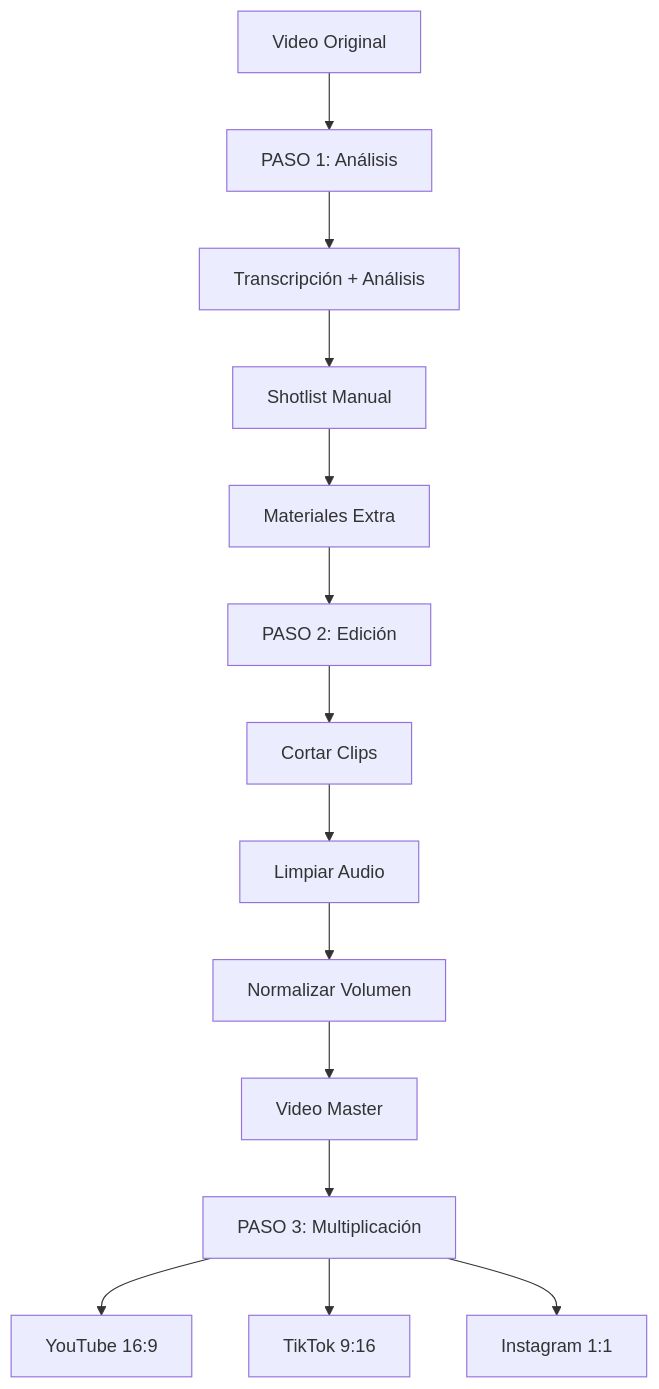
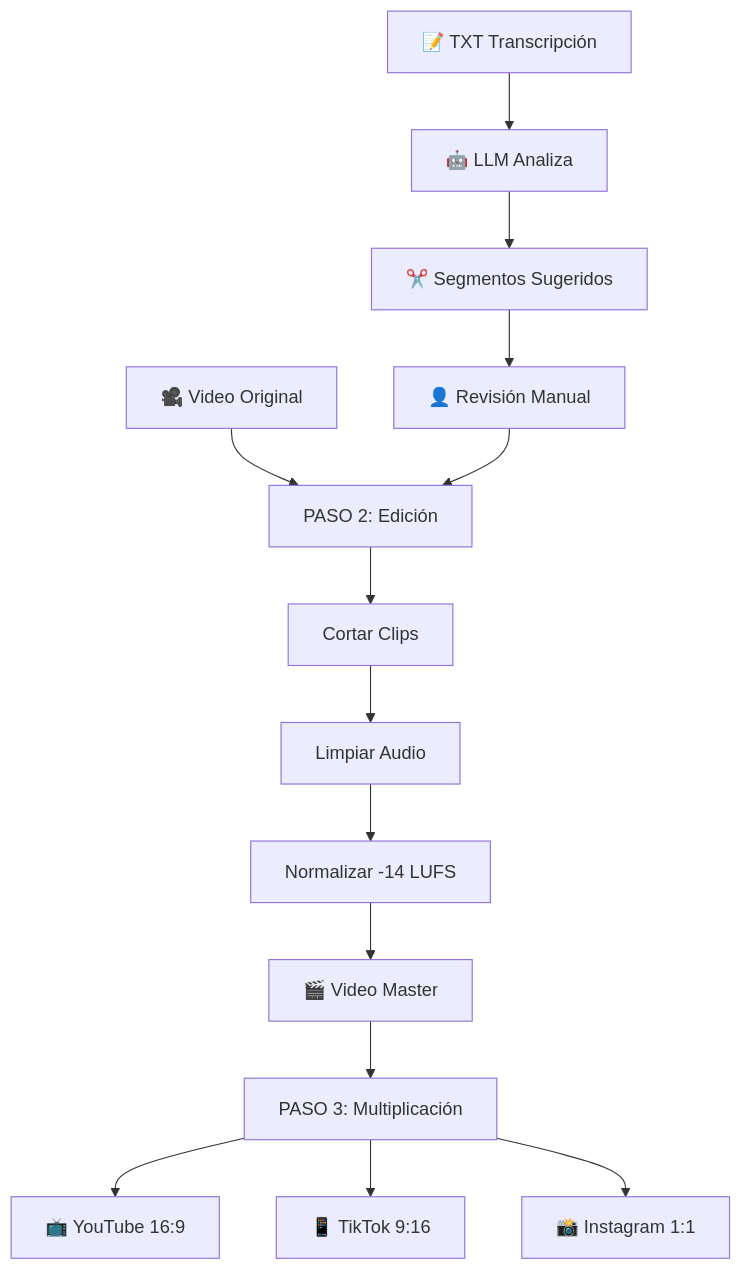
One commit to JohannesTalero/contenido-automatico changed the diagram in README.md. Above: the diagram before and after it, drawn with Mermaid. The commit also changed other lines of this file and 2 other files, not shown here.

Commit message:
feat: enhance README and notebook with LLM integration details and setup instructions for Gemini API

````diff
--- a/README.md
+++ b/README.md
@@ -7,16 +15,16 @@
 ```mermaid
 flowchart TD
-    video[Video Original] --> paso1[PASO 1: Análisis]
-    paso1 --> transcripcion[Transcripción + Análisis]
-    transcripcion --> shotlist[Shotlist Manual]
-    shotlist --> materiales[Materiales Extra]
-    materiales --> paso2[PASO 2: Edición]
+    txt[📝 TXT Transcripción] --> llm[🤖 LLM Analiza]
+    video[🎥 Video Original] --> paso2
+    llm --> segmentos[✂️ Segmentos Sugeridos]
+    segmentos --> ajustes[👤 Revisión Manual]
+    ajustes --> paso2[PASO 2: Edición]
     paso2 --> cortes[Cortar Clips]
     cortes --> limpieza[Limpiar Audio]
-    limpieza --> normalizar[Normalizar Volumen]
-    normalizar --> master[Video Master]
+    limpieza --> normalizar[Normalizar -14 LUFS]
+    normalizar --> master[🎬 Video Master]
     master --> paso3[PASO 3: Multiplicación]
-    paso3 --> youtube[YouTube 16:9]
-    paso3 --> tiktok[TikTok 9:16]
-    paso3 --> instagram[Instagram 1:1]
+    paso3 --> youtube[📺 YouTube 16:9]
+    paso3 --> tiktok[📱 TikTok 9:16]
+    paso3 --> instagram[📸 Instagram 1:1]
 ```
````
